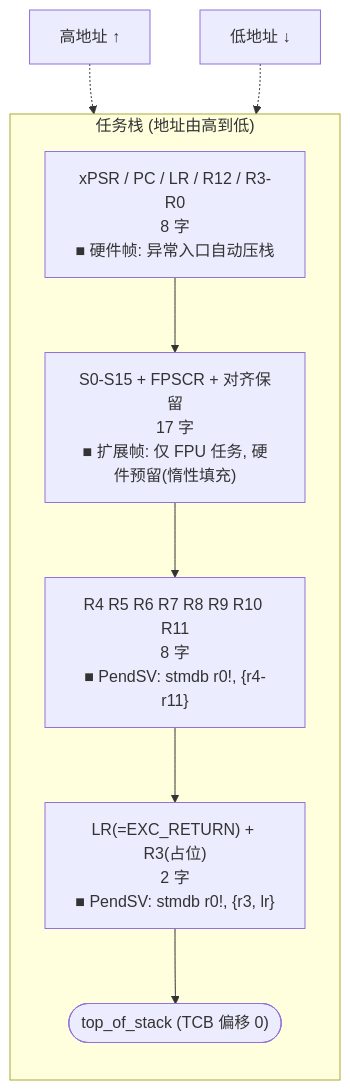
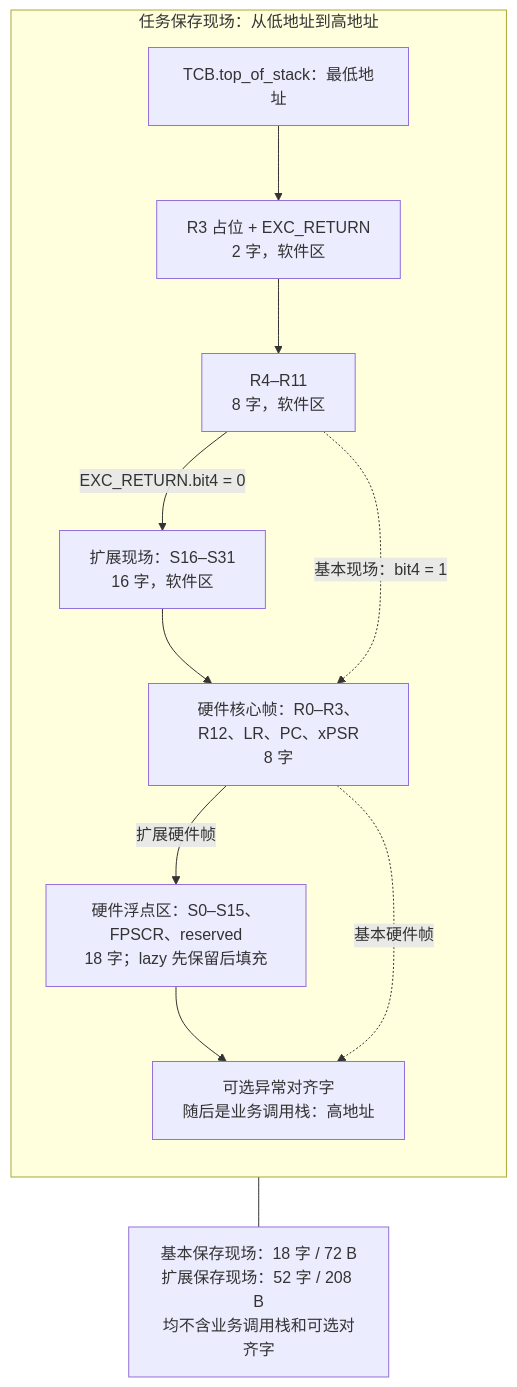
The tenth of 18 diagrams in docs/rtos_design.md (ArchHang/RTOS), drawn with Mermaid before and after one commit. The commit also changed other lines of this file and 15 other files, not shown here.

First line of the commit message:
docs(rtos): expand architecture and integration handbook

````diff
--- a/docs/rtos_design.md
+++ b/docs/rtos_design.md
@@ -815,15 +925,20 @@
 ```mermaid
 flowchart TB
-    subgraph STACK["任务栈 (地址由高到低)"]
+    subgraph STACK["任务保存现场：从低地址到高地址"]
         direction TB
-        A["xPSR / PC / LR / R12 / R3-R0<br/>8 字<br/>■ 硬件帧: 异常入口自动压栈"]
-        B["S0-S15 + FPSCR + 对齐保留<br/>17 字<br/>■ 扩展帧: 仅 FPU 任务, 硬件预留(惰性填充)"]
-        C["R4 R5 R6 R7 R8 R9 R10 R11<br/>8 字<br/>■ PendSV: stmdb r0!, {r4-r11}"]
-        D["LR(=EXC_RETURN) + R3(占位)<br/>2 字<br/>■ PendSV: stmdb r0!, {r3, lr}"]
-        TOP(["top_of_stack  (TCB 偏移 0)"])
-
-        A --> B --> C --> D --> TOP
+        T["TCB.top_of_stack：最低地址"]
+        P["R3 占位 + EXC_RETURN<br/>2 字，软件区"]
+        R["R4–R11<br/>8 字，软件区"]
+        F["扩展现场：S16–S31<br/>16 字，软件区"]
+        H["硬件核心帧：R0–R3、R12、LR、PC、xPSR<br/>8 字"]
+        L["硬件浮点区：S0–S15、FPSCR、reserved<br/>18 字；lazy 先保留后填充"]
+        A["可选异常对齐字<br/>随后是业务调用栈：高地址"]
+        T --> P --> R
+        R -->|"EXC_RETURN.bit4 = 0"| F --> H
+        R -. "基本现场：bit4 = 1" .-> H
+        H -->|"扩展硬件帧"| L --> A
+        H -. "基本硬件帧" .-> A
     end
-    HI["高地址 ↑"] -.-> A
-    LO["低地址 ↓"] -.-> TOP
+    N["基本保存现场：18 字 / 72 B<br/>扩展保存现场：52 字 / 208 B<br/>均不含业务调用栈和可选对齐字"]
+    STACK --- N
 ```
````
